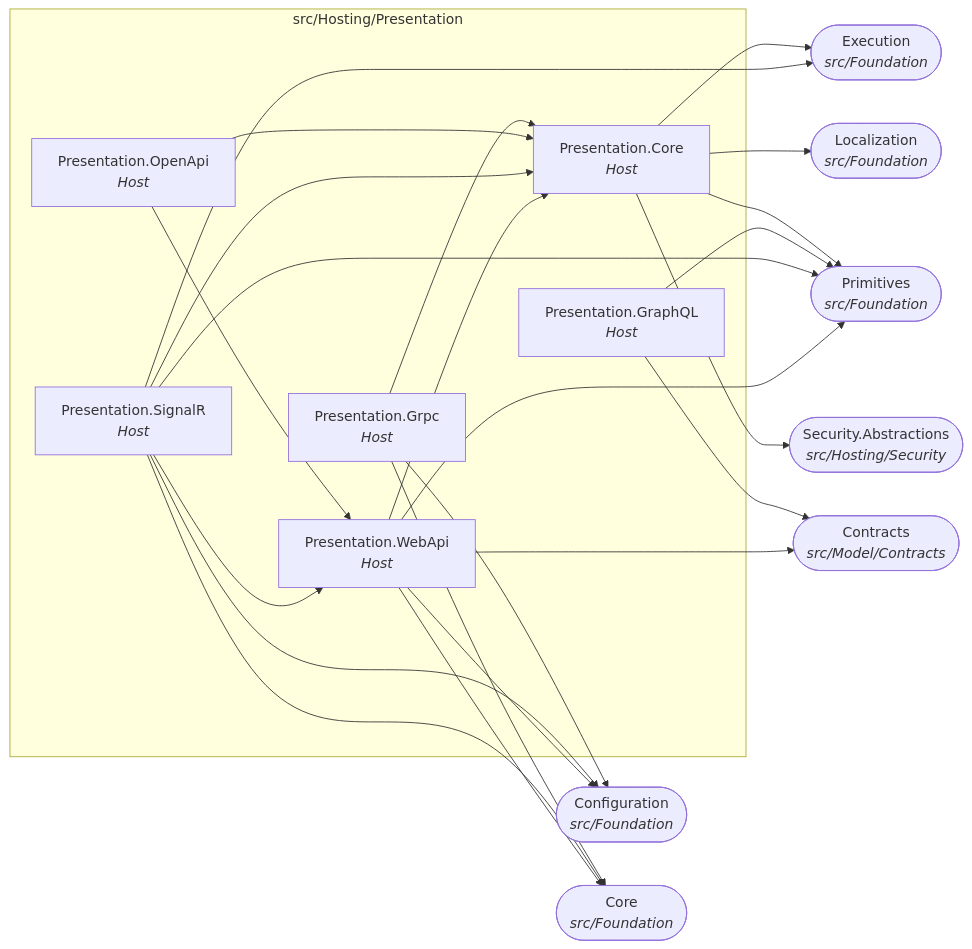
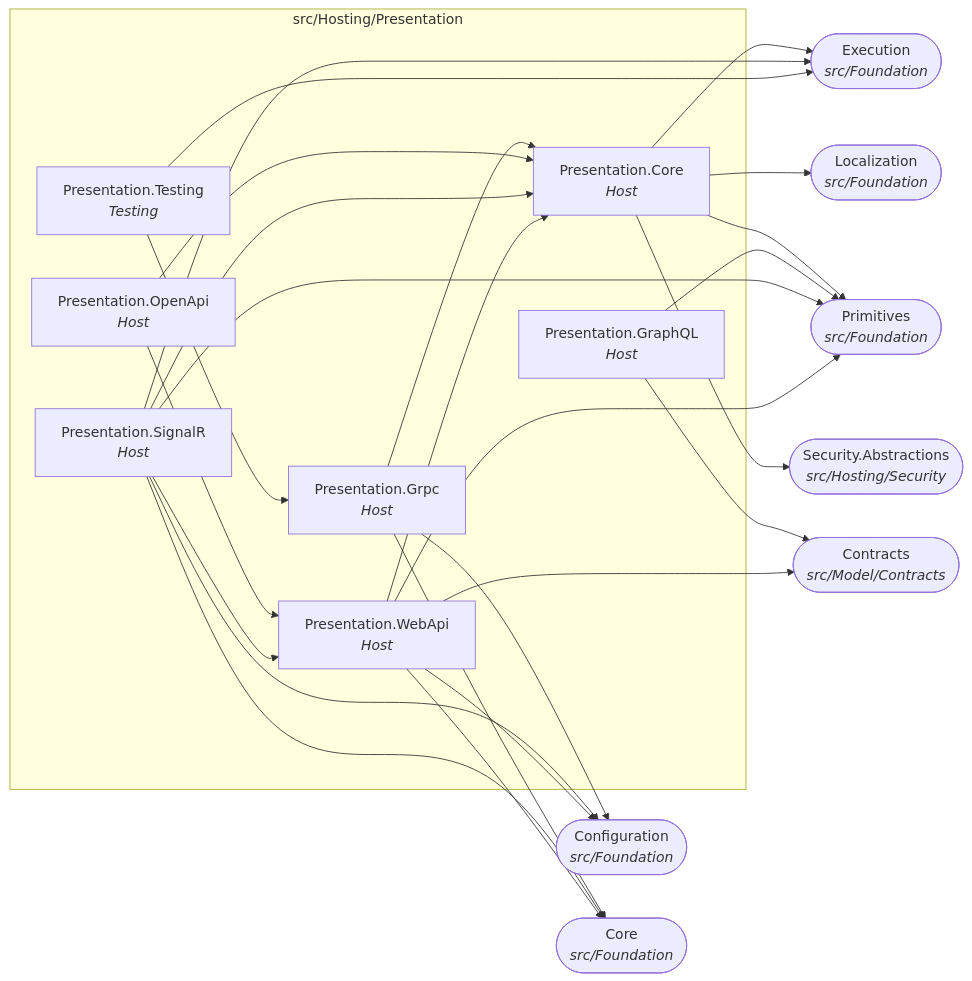
Before and after one commit to Gresta-Vertex-Labs/platform-shared-kernel: the fourth of 22 diagrams in docs/dependency-graph.md, drawn with Mermaid. The commit also changed other lines of this file and 508 other files, not shown here.

````diff
--- a/docs/dependency-graph.md
+++ b/docs/dependency-graph.md
@@ -169,40 +173,43 @@
 ```mermaid
 flowchart LR
   subgraph folder_src_Hosting_Presentation["src/Hosting/Presentation"]
     SharedKernel_Presentation_Core["Presentation.Core<br/><i>Host</i>"]
     SharedKernel_Presentation_GraphQL["Presentation.GraphQL<br/><i>Host</i>"]
     SharedKernel_Presentation_Grpc["Presentation.Grpc<br/><i>Host</i>"]
     SharedKernel_Presentation_OpenApi["Presentation.OpenApi<br/><i>Host</i>"]
     SharedKernel_Presentation_SignalR["Presentation.SignalR<br/><i>Host</i>"]
+    SharedKernel_Presentation_Testing["Presentation.Testing<br/><i>Testing</i>"]
     SharedKernel_Presentation_WebApi["Presentation.WebApi<br/><i>Host</i>"]
   end
   SharedKernel_Configuration(["Configuration<br/><i>src/Foundation</i>"])
   SharedKernel_Contracts(["Contracts<br/><i>src/Model/Contracts</i>"])
   SharedKernel_Core(["Core<br/><i>src/Foundation</i>"])
   SharedKernel_Execution(["Execution<br/><i>src/Foundation</i>"])
   SharedKernel_Localization(["Localization<br/><i>src/Foundation</i>"])
   SharedKernel_Primitives(["Primitives<br/><i>src/Foundation</i>"])
   SharedKernel_Security_Abstractions(["Security.Abstractions<br/><i>src/Hosting/Security</i>"])
   SharedKernel_Presentation_Core --> SharedKernel_Execution
   SharedKernel_Presentation_Core --> SharedKernel_Localization
   SharedKernel_Presentation_Core --> SharedKernel_Primitives
   SharedKernel_Presentation_Core --> SharedKernel_Security_Abstractions
   SharedKernel_Presentation_GraphQL --> SharedKernel_Contracts
   SharedKernel_Presentation_GraphQL --> SharedKernel_Primitives
   SharedKernel_Presentation_Grpc --> SharedKernel_Configuration
   SharedKernel_Presentation_Grpc --> SharedKernel_Core
   SharedKernel_Presentation_Grpc --> SharedKernel_Presentation_Core
   SharedKernel_Presentation_OpenApi --> SharedKernel_Presentation_Core
   SharedKernel_Presentation_OpenApi --> SharedKernel_Presentation_WebApi
   SharedKernel_Presentation_SignalR --> SharedKernel_Configuration
   SharedKernel_Presentation_SignalR --> SharedKernel_Core
   SharedKernel_Presentation_SignalR --> SharedKernel_Execution
   SharedKernel_Presentation_SignalR --> SharedKernel_Presentation_Core
   SharedKernel_Presentation_SignalR --> SharedKernel_Presentation_WebApi
   SharedKernel_Presentation_SignalR --> SharedKernel_Primitives
+  SharedKernel_Presentation_Testing --> SharedKernel_Execution
+  SharedKernel_Presentation_Testing --> SharedKernel_Presentation_Grpc
   SharedKernel_Presentation_WebApi --> SharedKernel_Configuration
   SharedKernel_Presentation_WebApi --> SharedKernel_Contracts
   SharedKernel_Presentation_WebApi --> SharedKernel_Core
   SharedKernel_Presentation_WebApi --> SharedKernel_Presentation_Core
   SharedKernel_Presentation_WebApi --> SharedKernel_Primitives
 ```
````
